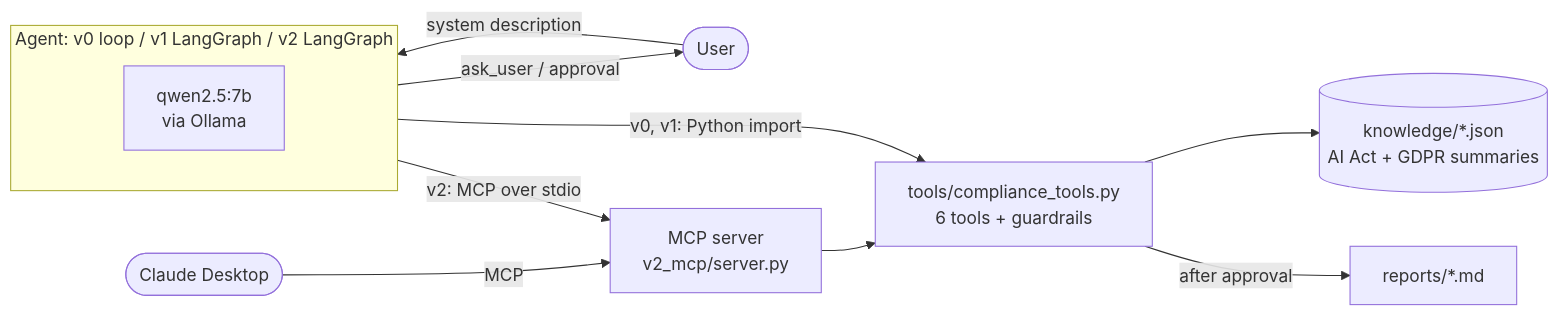
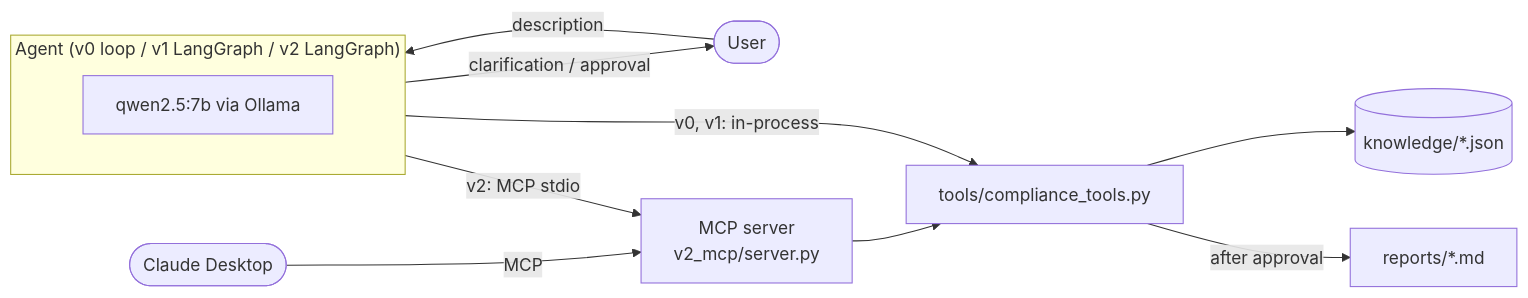
The first of 2 diagrams in README.md (ALI-AL-MARJANI/ai-act-compliance-agent), drawn with Mermaid before and after one commit. The commit also changed other lines of this file, not shown here.

````diff
--- a/README.md
+++ b/README.md
@@ -73,14 +110,14 @@
 ```mermaid
 flowchart LR
-    U([User]) -->|system description| A
-    subgraph A ["Agent: v0 loop / v1 LangGraph / v2 LangGraph"]
-        LLM["qwen2.5:7b<br/>via Ollama"]
+    U([User]) -->|description| A
+    subgraph A ["Agent (v0 loop / v1 LangGraph / v2 LangGraph)"]
+        LLM["qwen2.5:7b via Ollama"]
     end
-    A -->|ask_user / approval| U
-    A -->|v0, v1: Python import| T
-    A -->|v2: MCP over stdio| S["MCP server<br/>v2_mcp/server.py"]
-    S --> T["tools/compliance_tools.py<br/>6 tools + guardrails"]
+    A -->|clarification / approval| U
+    A -->|v0, v1: in-process| T
+    A -->|v2: MCP stdio| S["MCP server<br/>v2_mcp/server.py"]
+    S --> T["tools/compliance_tools.py"]
     CD([Claude Desktop]) -->|MCP| S
-    T --> K[("knowledge/*.json<br/>AI Act + GDPR summaries")]
+    T --> K[("knowledge/*.json")]
     T -->|after approval| R["reports/*.md"]
 ```
````
